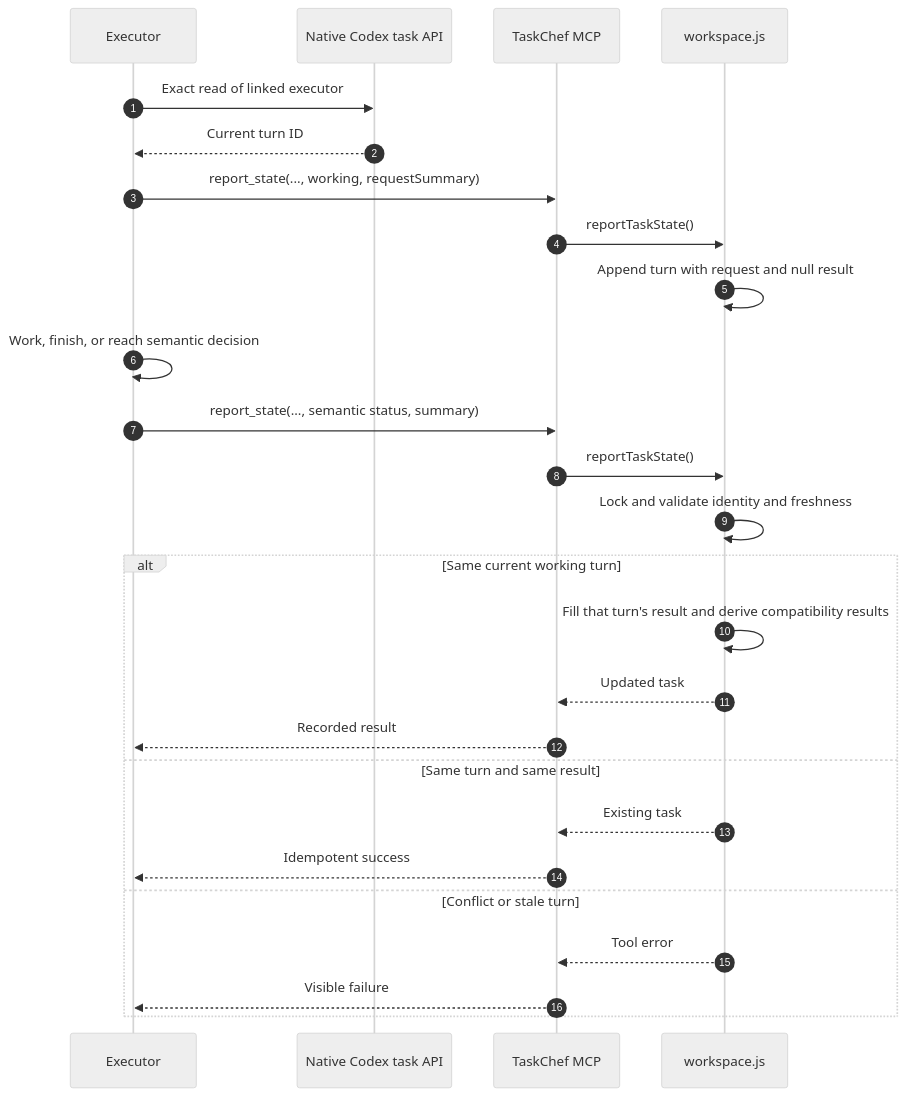
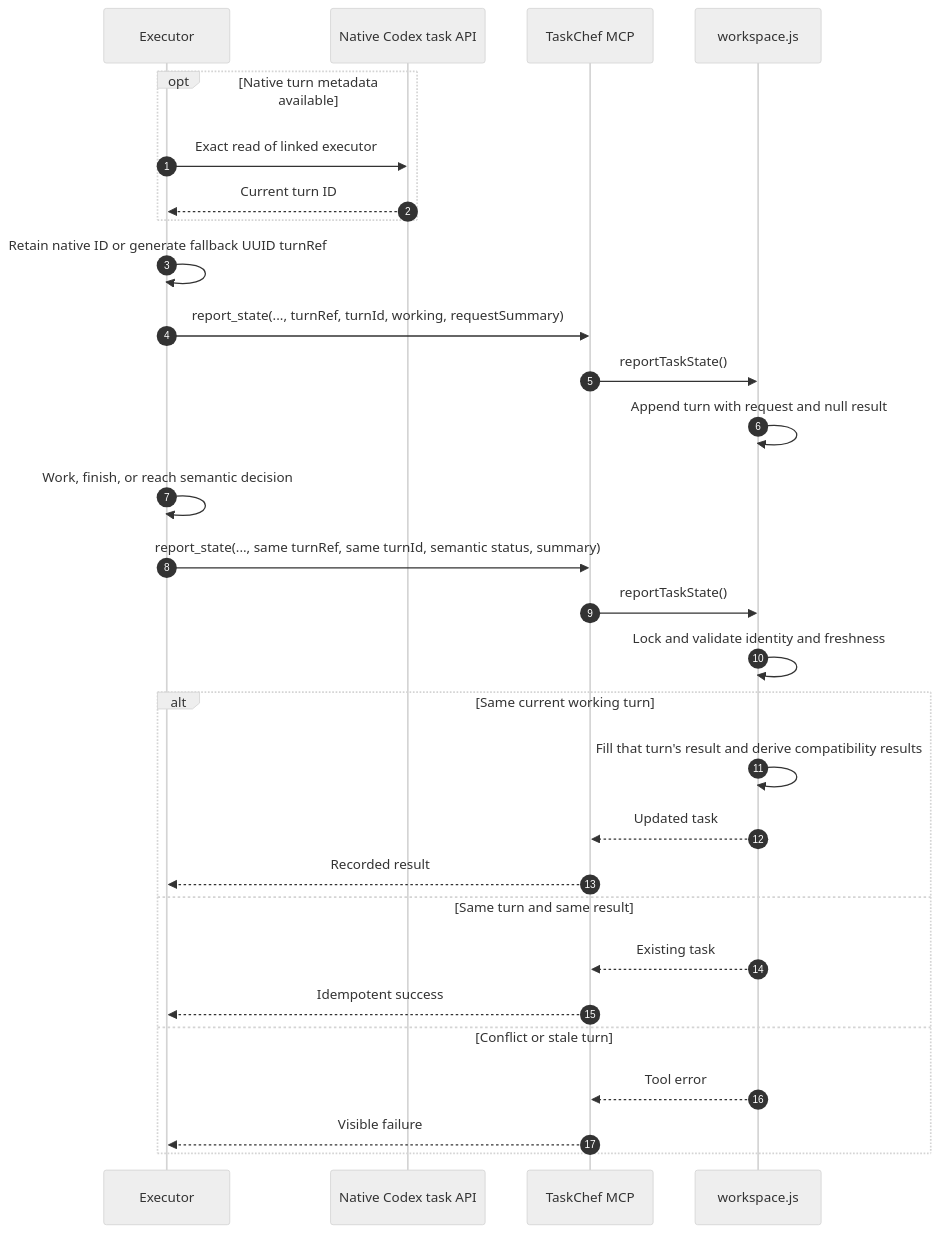
The third of 8 diagrams in docs/workflows.md (favoyang/taskchef), drawn with Mermaid (neutral theme) before and after one commit. The commit also changed other lines of this file and 14 other files, not shown here.

Commit message:
feat: add turnRef lifecycle identity

````diff
--- a/docs/workflows.md
+++ b/docs/workflows.md
@@ -130,28 +131,31 @@
 ```mermaid
 sequenceDiagram
   autonumber
   participant E as Executor
   participant C as Native Codex task API
   participant M as TaskChef MCP
   participant W as workspace.js
-  E->>C: Exact read of linked executor
-  C-->>E: Current turn ID
-  E->>M: report_state(..., working, requestSummary)
+  opt Native turn metadata available
+    E->>C: Exact read of linked executor
+    C-->>E: Current turn ID
+  end
+  E->>E: Retain native ID or generate fallback UUID turnRef
+  E->>M: report_state(..., turnRef, turnId, working, requestSummary)
   M->>W: reportTaskState()
   W->>W: Append turn with request and null result
   E->>E: Work, finish, or reach semantic decision
-  E->>M: report_state(..., semantic status, summary)
+  E->>M: report_state(..., same turnRef, same turnId, semantic status, summary)
   M->>W: reportTaskState()
   W->>W: Lock and validate identity and freshness
   alt Same current working turn
     W->>W: Fill that turn's result and derive compatibility results
     W-->>M: Updated task
     M-->>E: Recorded result
   else Same turn and same result
     W-->>M: Existing task
     M-->>E: Idempotent success
   else Conflict or stale turn
     W-->>M: Tool error
     M-->>E: Visible failure
   end
 ```
````
